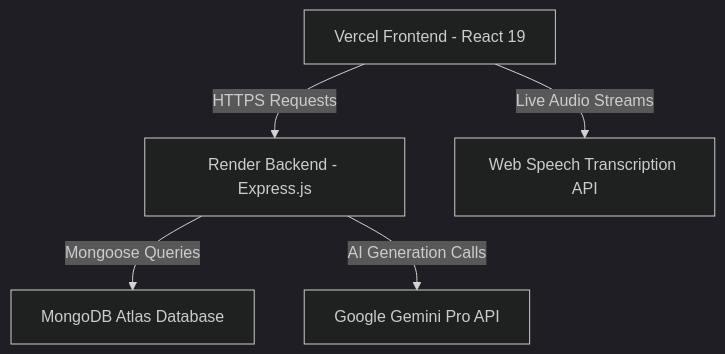
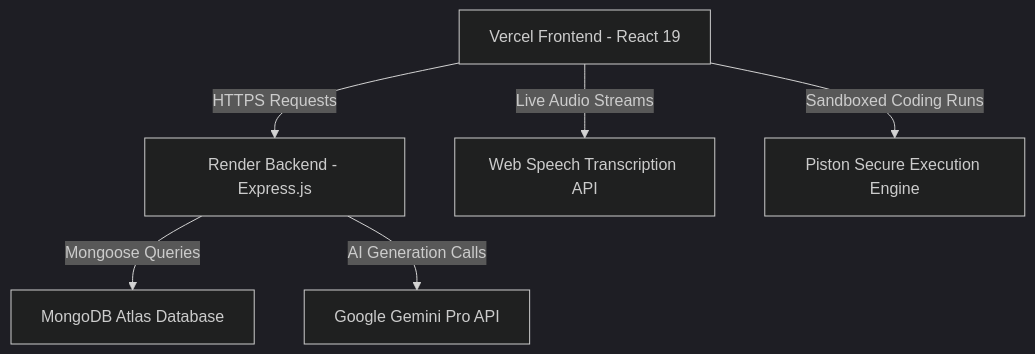
The diagram in artifacts/walkthrough.md (abhi-sri94/interviewiq), drawn with Mermaid (dark theme) before and after one commit. The commit also changed other lines of this file, not shown here.

````diff
--- a/artifacts/walkthrough.md
+++ b/artifacts/walkthrough.md
@@ -11,7 +11,8 @@
 ```mermaid
 graph TD
     A[Vercel Frontend - React 19] -->|HTTPS Requests| B[Render Backend - Express.js]
     B -->|Mongoose Queries| C[MongoDB Atlas Database]
     B -->|AI Generation Calls| D[Google Gemini Pro API]
     A -->|Live Audio Streams| E[Web Speech Transcription API]
+    A -->|Sandboxed Coding Runs| F[Piston Secure Execution Engine]
 ```
````
